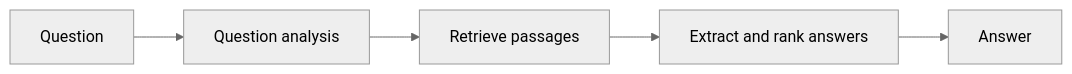
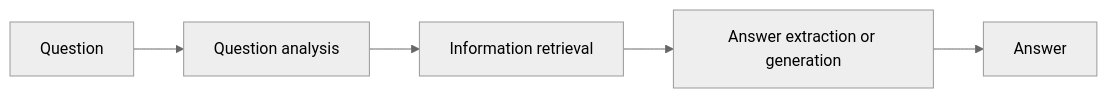
The diagram in content/natural-language-processing/pyq/2024-12/q6d.mdx (TrendySloth1001/sem-seven-notes), drawn with Mermaid (neutral theme) before and after one commit. The commit also changed other lines of this file and 406 other files, not shown here.

````diff
--- a/content/natural-language-processing/pyq/2024-12/q6d.mdx
+++ b/content/natural-language-processing/pyq/2024-12/q6d.mdx
@@ -14,5 +7,5 @@
 ```mermaid
-%% caption: Pipeline of a QA system, from question to answer.
+%% caption: The three stages of a QA system.
 flowchart LR
-  Q["Question"] --> A["Question analysis"] --> R["Retrieve passages"] --> X["Extract and rank answers"] --> O["Answer"]
+  Q["Question"] --> A["Question analysis"] --> B["Information retrieval"] --> C["Answer extraction or generation"] --> D["Answer"]
 ```
````
